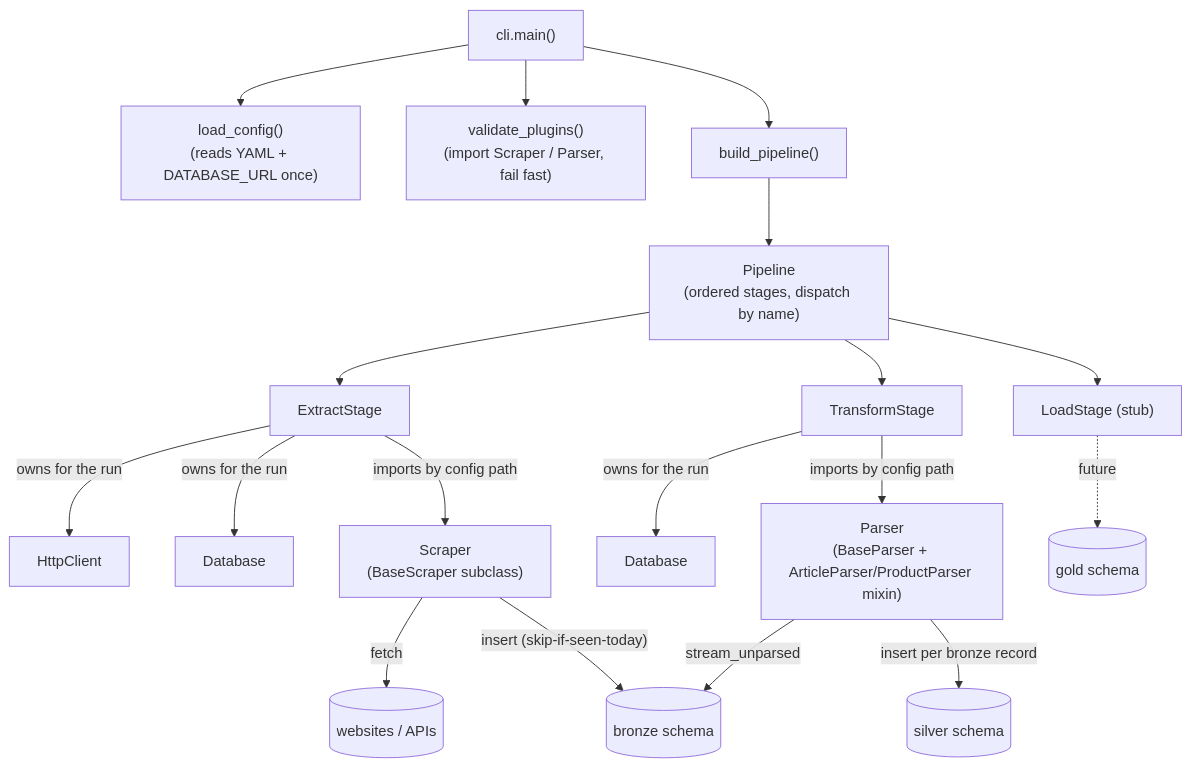
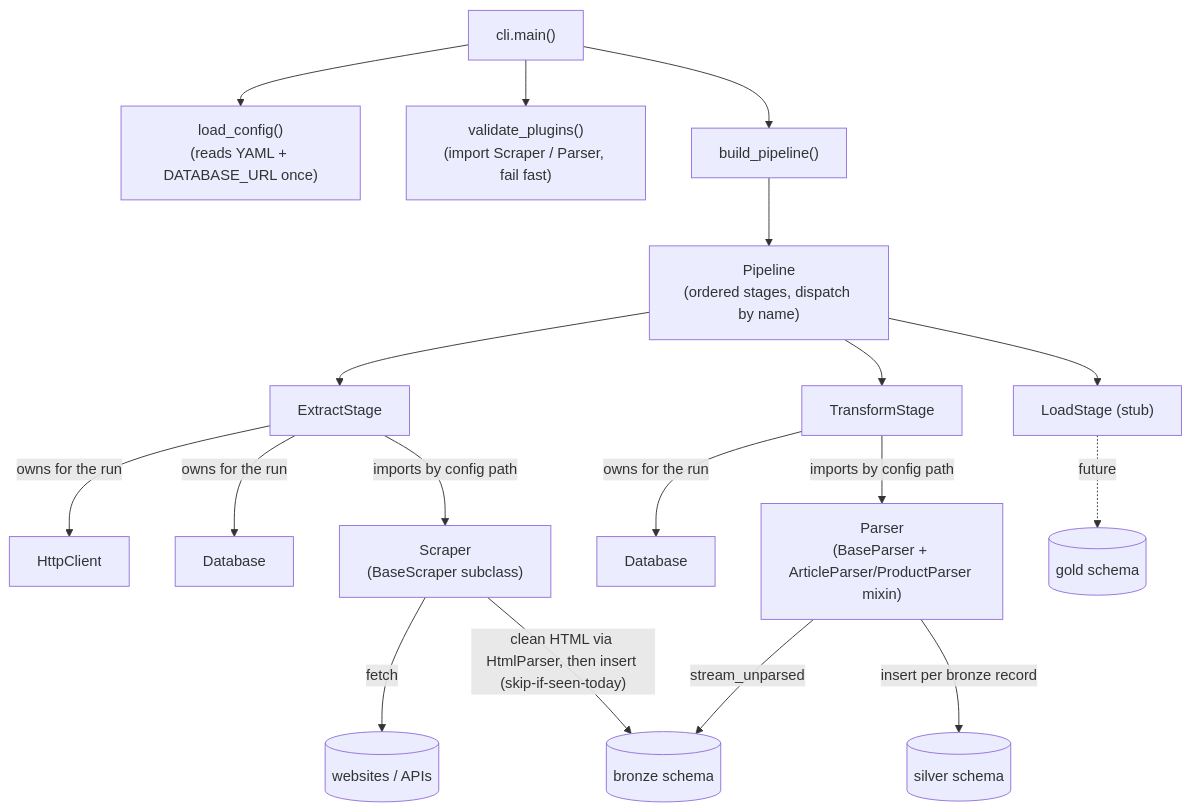
Before and after one commit to quanturtle/galactus: the first of 3 diagrams in README.md, drawn with Mermaid. The commit also changed other lines of this file, not shown here.

````diff
--- a/README.md
+++ b/README.md
@@ -83,23 +83,23 @@
 ```mermaid
 flowchart TD
     cli["cli.main()"] --> lc["load_config()<br/>(reads YAML + DATABASE_URL once)"]
     cli --> vp["validate_plugins()<br/>(import Scraper / Parser, fail fast)"]
     cli --> bp["build_pipeline()"]
     bp --> P["Pipeline<br/>(ordered stages, dispatch by name)"]
     P --> ES["ExtractStage"]
     P --> TS["TransformStage"]
     P --> LS["LoadStage (stub)"]
 
     ES -->|owns for the run| HC["HttpClient"]
     ES -->|owns for the run| DB1["Database"]
     ES -->|imports by config path| SC["Scraper<br/>(BaseScraper subclass)"]
     SC -->|fetch| WEB[("websites / APIs")]
-    SC -->|"insert (skip-if-seen-today)"| BRZ[("bronze schema")]
+    SC -->|"clean HTML via HtmlParser, then insert (skip-if-seen-today)"| BRZ[("bronze schema")]
 
     TS -->|owns for the run| DB2["Database"]
     TS -->|imports by config path| PR["Parser<br/>(BaseParser + ArticleParser/ProductParser mixin)"]
     PR -->|stream_unparsed| BRZ
     PR -->|insert per bronze record| SLV[("silver schema")]
 
     LS -.future.-> GLD[("gold schema")]
 ```
````
